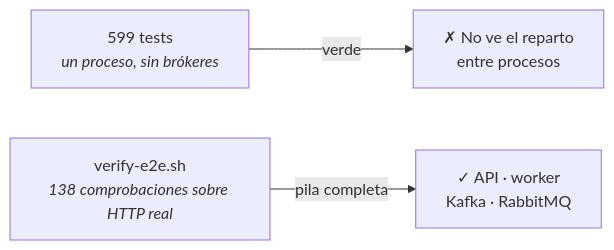
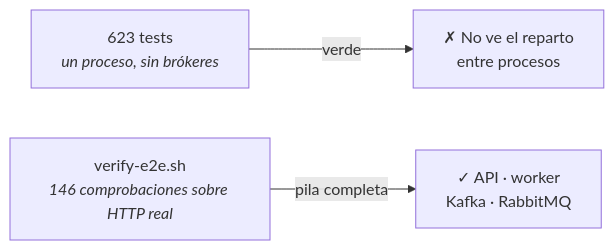
Diagram 15 of 16 in .slides-events/slides.md (MDCIrony/leads-hexa), drawn with Mermaid before and after one commit. The commit also changed other lines of this file, not shown here.

````diff
--- a/.slides-events/slides.md
+++ b/.slides-events/slides.md
@@ -577,5 +577,5 @@
 ```mermaid {scale: 0.75}
 flowchart LR
-    S["599 tests<br/><i>un proceso, sin brókeres</i>"] -->|verde| X["✗ No ve el reparto<br/>entre procesos"]
-    E["verify-e2e.sh<br/><i>138 comprobaciones sobre HTTP real</i>"] -->|"pila completa"| Y["✓ API · worker<br/>Kafka · RabbitMQ"]
+    S["623 tests<br/><i>un proceso, sin brókeres</i>"] -->|verde| X["✗ No ve el reparto<br/>entre procesos"]
+    E["verify-e2e.sh<br/><i>146 comprobaciones sobre HTTP real</i>"] -->|"pila completa"| Y["✓ API · worker<br/>Kafka · RabbitMQ"]
 ```
````
